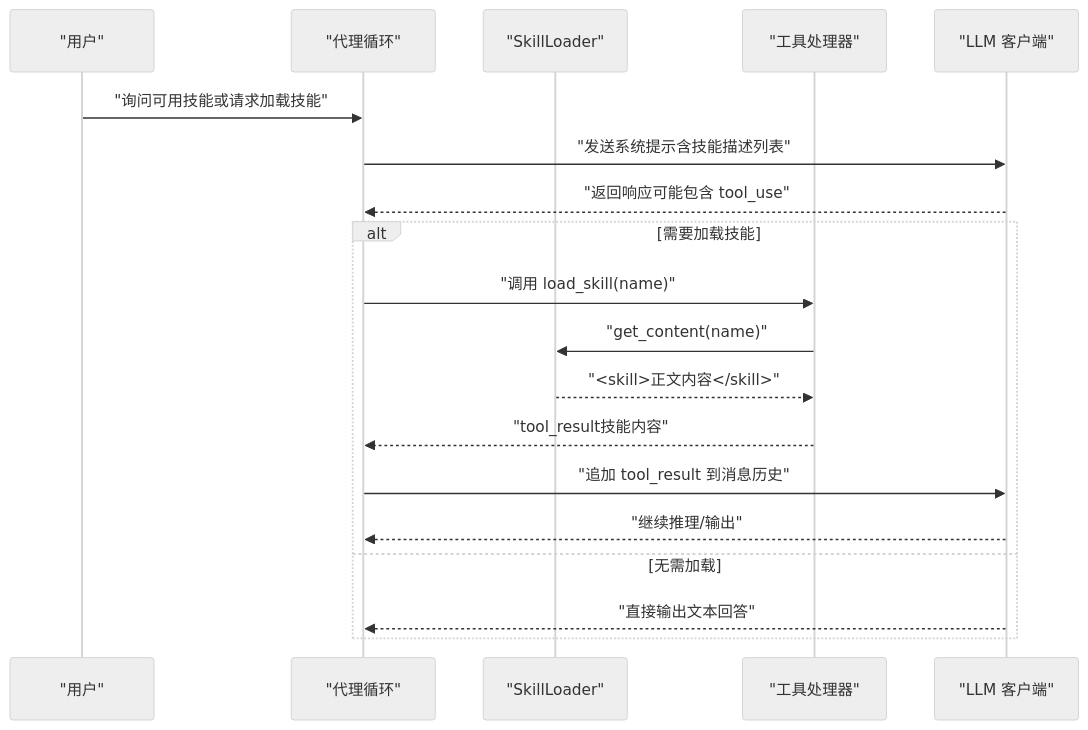
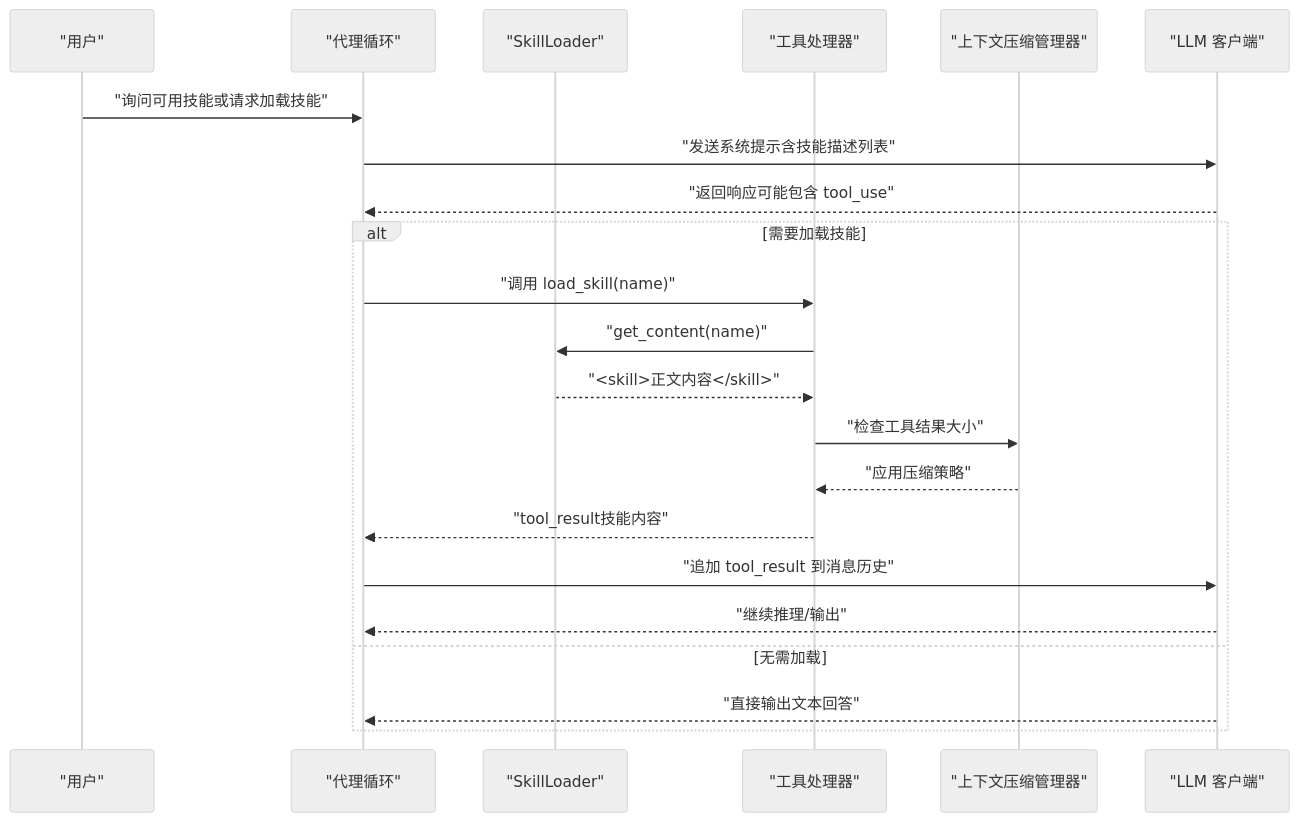
One commit to haolange/learn-claude-code changed the second of 6 diagrams in .qoder/repowiki/zh/content/规划与知识管理/技能按需加载系统.md. Above: the diagram before and after it, drawn with Mermaid (neutral theme). The commit also changed other lines of this file and 6 other files, not shown here.

````diff
--- a/.qoder/repowiki/zh/content/规划与知识管理/技能按需加载系统.md
+++ b/.qoder/repowiki/zh/content/规划与知识管理/技能按需加载系统.md
@@ -79,21 +103,24 @@
 ```mermaid
 sequenceDiagram
 participant U as "用户"
 participant A as "代理循环"
 participant L as "SkillLoader"
 participant T as "工具处理器"
+participant C as "上下文压缩管理器"
 participant M as "LLM 客户端"
 U->>A : "询问可用技能或请求加载技能"
 A->>M : "发送系统提示含技能描述列表"
 M-->>A : "返回响应可能包含 tool_use"
 alt 需要加载技能
 A->>T : "调用 load_skill(name)"
 T->>L : "get_content(name)"
 L-->>T : "<skill>正文内容</skill>"
+T->>C : "检查工具结果大小"
+C-->>T : "应用压缩策略"
 T-->>A : "tool_result技能内容"
 A->>M : "追加 tool_result 到消息历史"
 M-->>A : "继续推理/输出"
 else 无需加载
 M-->>A : "直接输出文本回答"
 end
 ```
````
